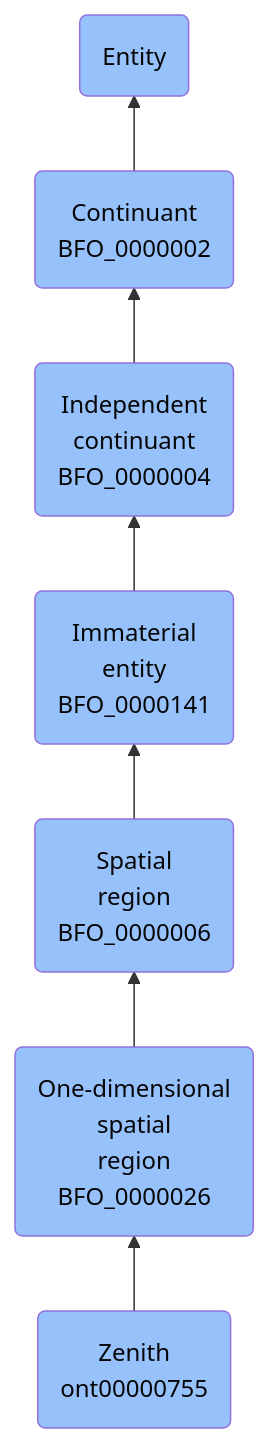
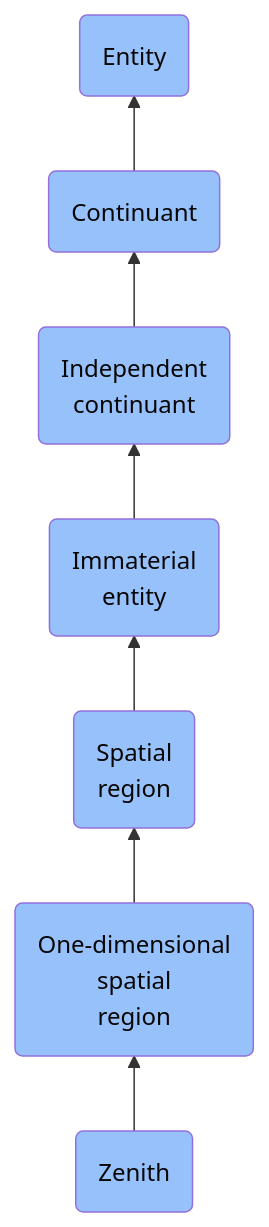
One commit to jupyter-naas/abi changed the diagram in docs/ontology/reference/model/Entity/Continuant/Independent continuant/Immaterial entity/Spatial region/One-dimensional spatial region/Zenith/Zenith.md. Above: the diagram before and after it, drawn with Mermaid. The commit also changed other lines of this file and 1430 other files, not shown here.

````diff
--- a/docs/ontology/reference/model/Entity/Continuant/Independent continuant/Immaterial entity/Spatial region/One-dimensional spatial region/Zenith/Zenith.md
+++ b/docs/ontology/reference/model/Entity/Continuant/Independent continuant/Immaterial entity/Spatial region/One-dimensional spatial region/Zenith/Zenith.md
@@ -24,14 +24,14 @@
 ```mermaid
 graph BT
-    ont00000755(Zenith<br>ont00000755):::BFO-->BFO_0000026
-    BFO_0000026(One-dimensional<br>spatial<br>region<br>BFO_0000026):::BFO-->BFO_0000006
-    BFO_0000006(Spatial<br>region<br>BFO_0000006):::BFO-->BFO_0000141
-    BFO_0000141(Immaterial<br>entity<br>BFO_0000141):::BFO-->BFO_0000004
-    BFO_0000004(Independent<br>continuant<br>BFO_0000004):::BFO-->BFO_0000002
-    BFO_0000002(Continuant<br>BFO_0000002):::BFO-->BFO_0000001
+    ont00000755(Zenith):::BFO-->BFO_0000026
+    BFO_0000026(One-dimensional<br>spatial<br>region):::BFO-->BFO_0000006
+    BFO_0000006(Spatial<br>region):::BFO-->BFO_0000141
+    BFO_0000141(Immaterial<br>entity):::BFO-->BFO_0000004
+    BFO_0000004(Independent<br>continuant):::BFO-->BFO_0000002
+    BFO_0000002(Continuant):::BFO-->BFO_0000001
     BFO_0000001(Entity):::BFO
     
     classDef BFO fill:#97c1fb,color:#060606
     classDef CCO fill:#e4c51e,color:#060606
     classDef ABI fill:#48DD82,color:#060606
 ```
````
